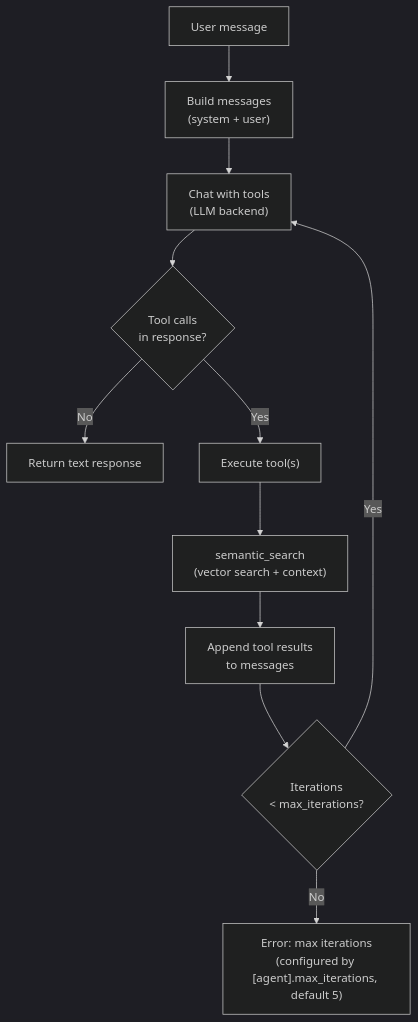
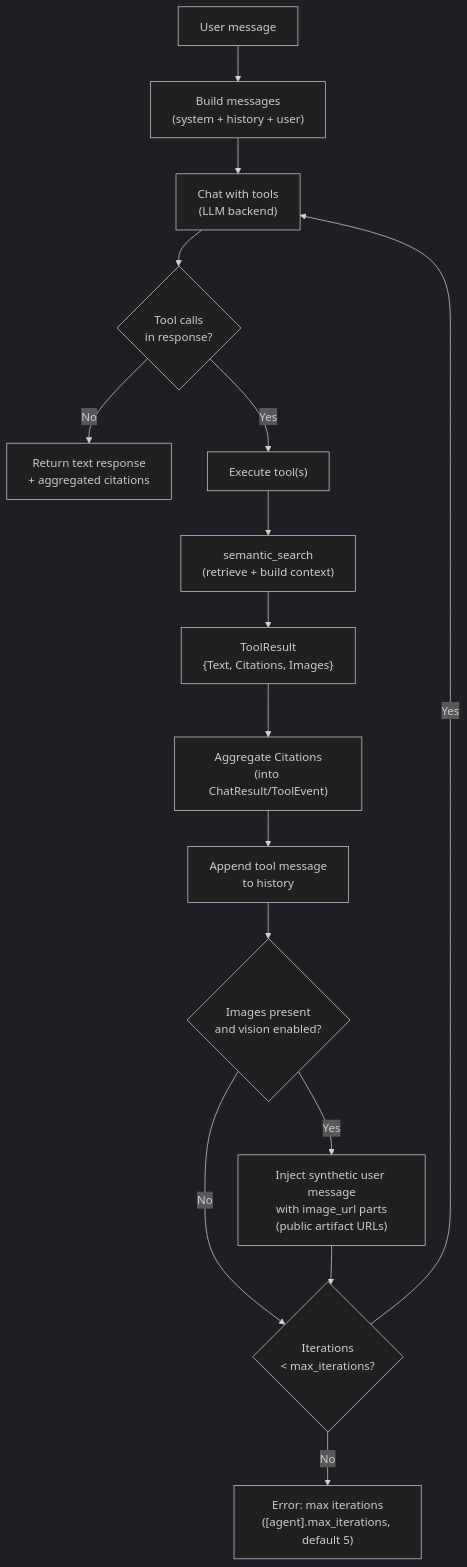
One commit to klnstprx/etsi-rag changed the fifth of 8 diagrams in docs/diagrams.md. Above: the diagram before and after it, drawn with Mermaid (dark theme). The commit also changed other lines of this file and 2 other files, not shown here.

````diff
--- a/docs/diagrams.md
+++ b/docs/diagrams.md
@@ -168,17 +194,24 @@
 ```mermaid
 flowchart TB
-    Start["User message"] --> Build["Build messages<br/>(system + user)"]
+    Start["User message"] --> Build["Build messages<br/>(system + history + user)"]
     Build --> LLMCall["Chat with tools<br/>(LLM backend)"]
     LLMCall --> Check{"Tool calls<br/>in response?"}
 
-    Check -->|"No"| Final["Return text response"]
+    Check -->|"No"| Final["Return text response<br/>+ aggregated citations"]
     Check -->|"Yes"| Execute["Execute tool(s)"]
 
-    Execute --> SemanticSearch["semantic_search<br/>(vector search + context)"]
+    Execute --> SemanticSearch["semantic_search<br/>(retrieve + build context)"]
+    SemanticSearch --> Result["ToolResult<br/>{Text, Citations, Images}"]
 
-    SemanticSearch --> Append["Append tool results<br/>to messages"]
+    Result --> AggCite["Aggregate Citations<br/>(into ChatResult/ToolEvent)"]
+    AggCite --> Append["Append tool message<br/>to history"]
 
-    Append --> Counter{"Iterations<br/>< max_iterations?"}
+    Append --> Vision{"Images present<br/>and vision enabled?"}
+    Vision -->|"Yes"| Inject["Inject synthetic user message<br/>with image_url parts<br/>(public artifact URLs)"]
+    Vision -->|"No"| Counter
+    Inject --> Counter
+
+    Counter{"Iterations<br/>< max_iterations?"}
     Counter -->|"Yes"| LLMCall
-    Counter -->|"No"| Error["Error: max iterations<br/>(configured by [agent].max_iterations, default 5)"]
+    Counter -->|"No"| ErrorBox["Error: max iterations<br/>([agent].max_iterations, default 5)"]
 ```
````
